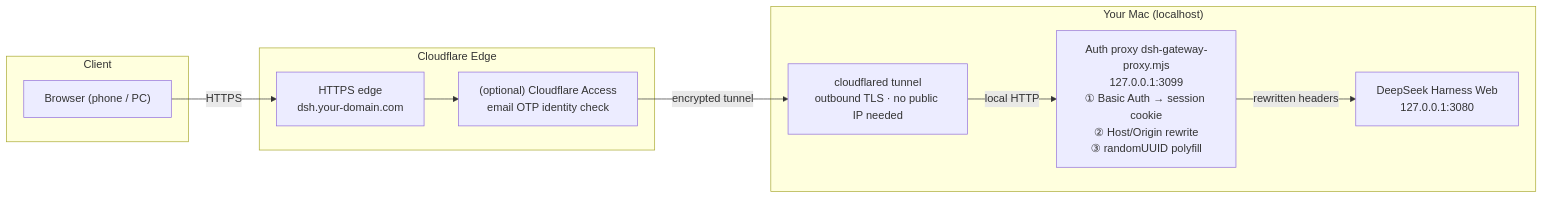
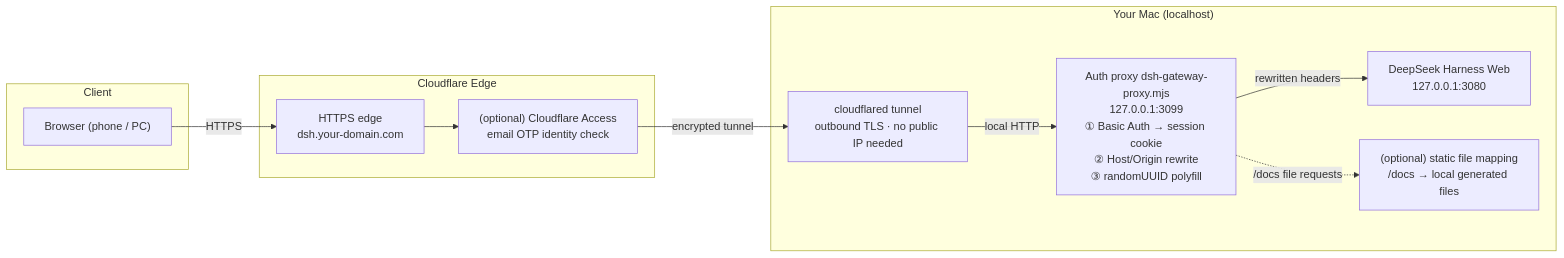
One commit to afoolfox/dsh-public-access changed the diagram in README.en.md. Above: the diagram before and after it, drawn with Mermaid. The commit also changed other lines of this file and 3 other files, not shown here.

Commit message:
add optional static file mapping (/docs) behind auth; update docs and diagrams

````diff
--- a/README.en.md
+++ b/README.en.md
@@ -13,23 +13,25 @@
 ```mermaid
 flowchart LR
     subgraph Client["Client"]
         B["Browser (phone / PC)"]
     end
 
     subgraph CF["Cloudflare Edge"]
         E["HTTPS edge<br/>dsh.your-domain.com"]
         A["(optional) Cloudflare Access<br/>email OTP identity check"]
     end
 
     subgraph Mac["Your Mac (localhost)"]
         T["cloudflared tunnel<br/>outbound TLS · no public IP needed"]
         P["Auth proxy dsh-gateway-proxy.mjs<br/>127.0.0.1:3099<br/>① Basic Auth → session cookie<br/>② Host/Origin rewrite<br/>③ randomUUID polyfill"]
         D["DeepSeek Harness Web<br/>127.0.0.1:3080"]
+        F["(optional) static file mapping<br/>/docs → local generated files"]
     end
 
     B -->|"HTTPS"| E
     E --> A
     A -->|"encrypted tunnel"| T
     T -->|"local HTTP"| P
     P -->|"rewritten headers"| D
+    P -.->|"/docs file requests"| F
 ```
````
